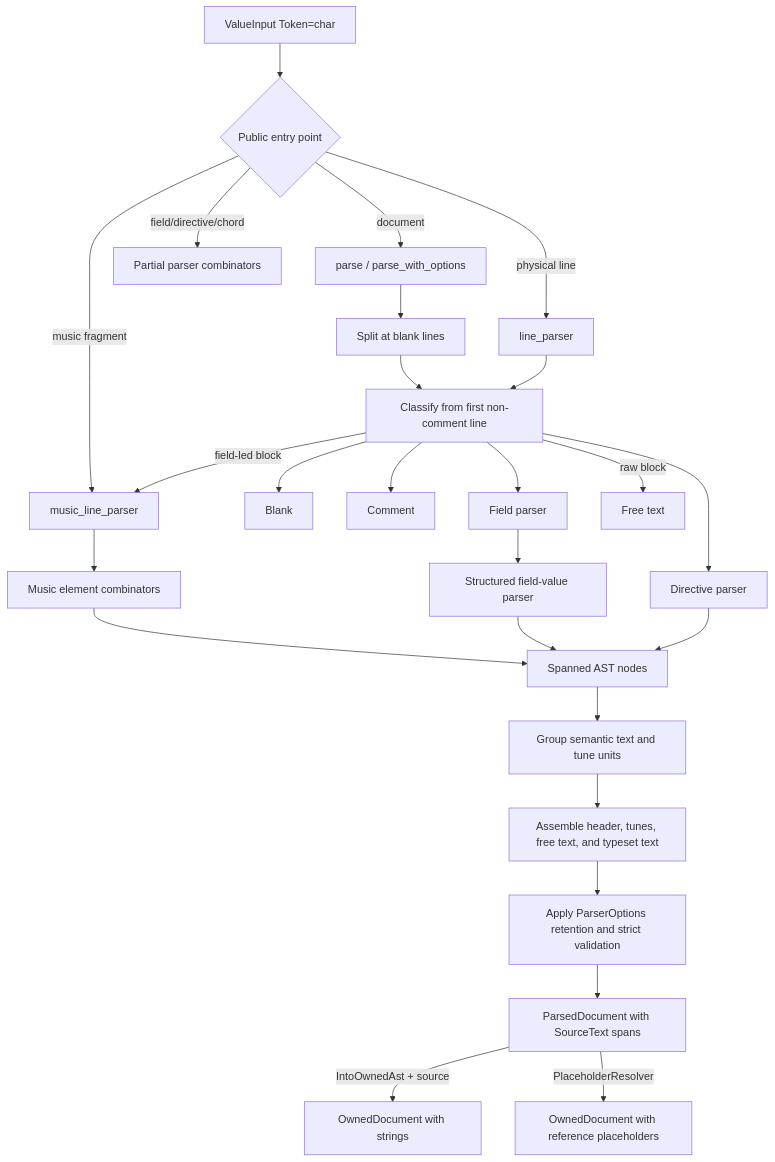
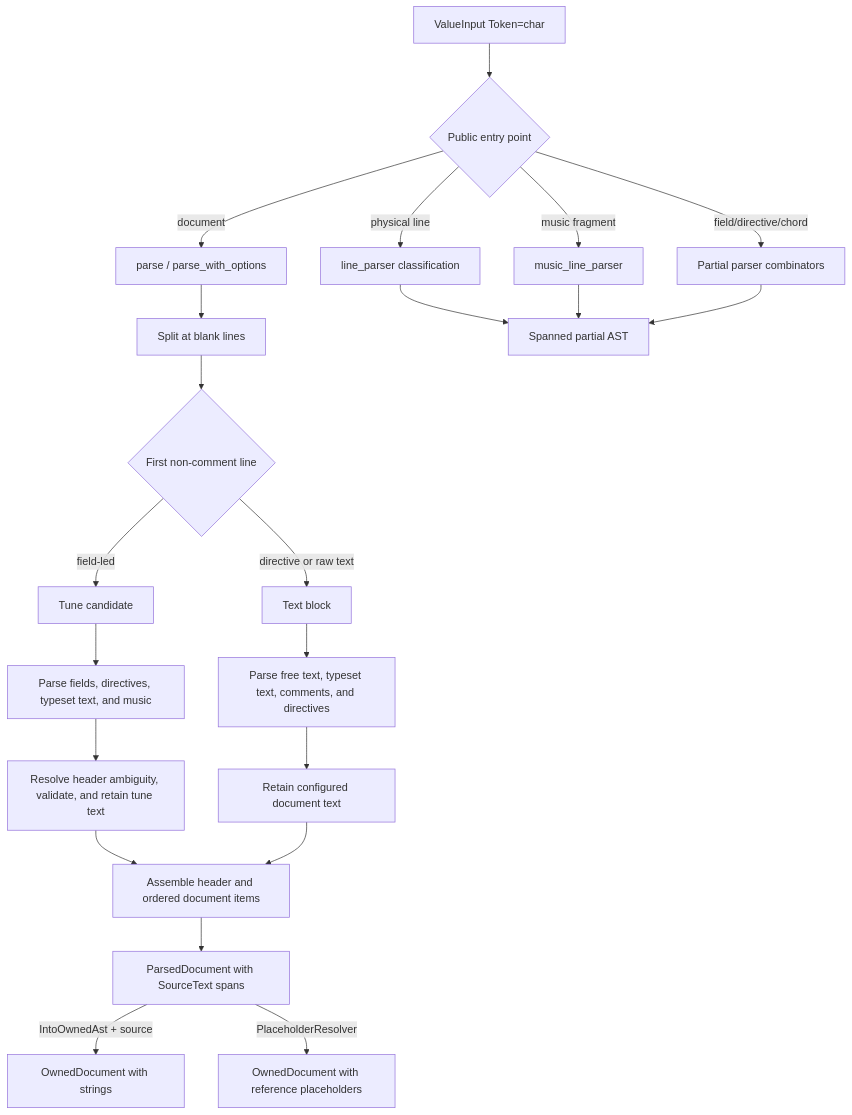
One commit to mauricebarnum/abc-parser changed the first of 4 diagrams in docs/architecture.md. Above: the diagram before and after it, drawn with Mermaid. The commit also changed other lines of this file and 3 other files, not shown here.

First line of the commit message:
Update architecture documentation

````diff
--- a/docs/architecture.md
+++ b/docs/architecture.md
@@ -26,28 +25,24 @@
 ```mermaid
 flowchart TD
     source["ValueInput Token=char"] --> entry{Public entry point}
-    entry -->|document| recovering[parse / parse_with_options]
-    entry -->|physical line| line[line_parser]
+    entry -->|document| document[parse / parse_with_options]
+    entry -->|physical line| line[line_parser classification]
     entry -->|music fragment| music[music_line_parser]
     entry -->|field/directive/chord| partial[Partial parser combinators]
-    recovering --> split[Split at blank lines]
-    split --> classify[Classify from first non-comment line]
-    line --> classify
-    classify --> blank[Blank]
-    classify --> comment[Comment]
-    classify --> directive[Directive parser]
-    classify --> field[Field parser]
-    classify -->|field-led block| music
-    classify -->|raw block| free[Free text]
-    field --> field_value[Structured field-value parser]
-    music --> elements[Music element combinators]
-    elements --> ast[Spanned AST nodes]
-    field_value --> ast
-    directive --> ast
-    ast --> grouped[Group semantic text and tune units]
-    grouped --> ordered[Assemble header, tunes, free text, and typeset text]
-    ordered --> filter[Apply ParserOptions retention and strict validation]
-    filter --> parsed[ParsedDocument with SourceText spans]
+    document --> split[Split at blank lines]
+    split --> classify{First non-comment line}
+    classify -->|field-led| tune[Tune candidate]
+    classify -->|directive or raw text| text[Text block]
+    tune --> tune_lines[Parse fields, directives, typeset text, and music]
+    text --> text_items[Parse free text, typeset text, comments, and directives]
+    line --> partial_ast[Spanned partial AST]
+    music --> partial_ast
+    partial --> partial_ast
+    tune_lines --> tune_options[Resolve header ambiguity, validate, and retain tune text]
+    text_items --> text_options[Retain configured document text]
+    tune_options --> ordered[Assemble header and ordered document items]
+    text_options --> ordered
+    ordered --> parsed[ParsedDocument with SourceText spans]
     parsed -->|IntoOwnedAst + source| owned[OwnedDocument with strings]
     parsed -->|PlaceholderResolver| detached[OwnedDocument with reference placeholders]
 ```
````
